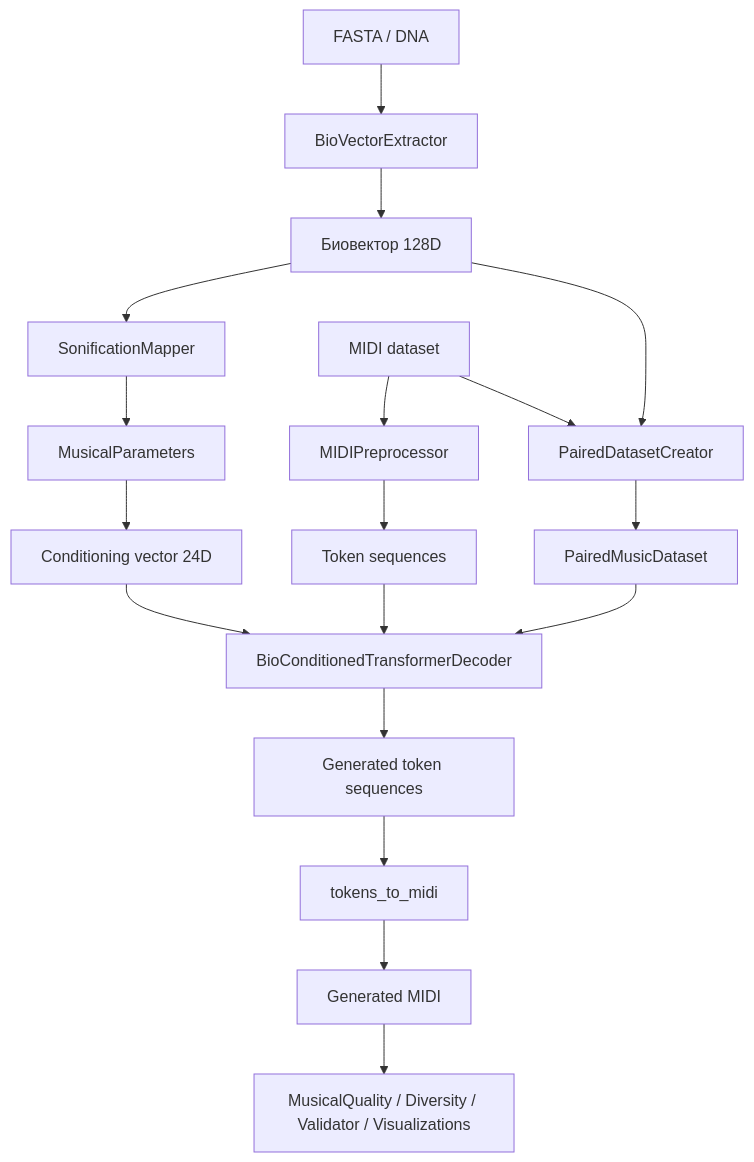
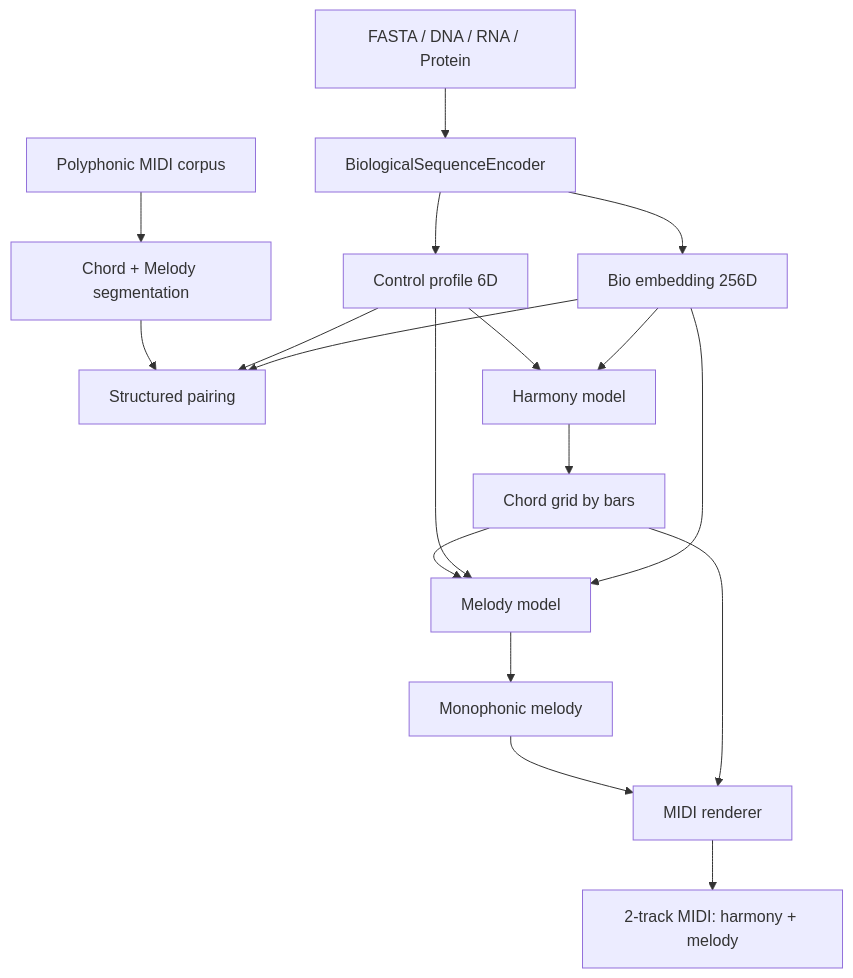
Before and after one commit to BioSonification/biosonification: the diagram in README.md, drawn with Mermaid. The commit also changed other lines of this file and 17 other files, not shown here.

````diff
--- a/README.md
+++ b/README.md
@@ -50,20 +9,20 @@
 ```mermaid
 flowchart TD
-    A["FASTA / DNA"] --> B["BioVectorExtractor"]
-    B --> C["Биовектор 128D"]
-    C --> D["SonificationMapper"]
-    D --> E["MusicalParameters"]
-    E --> F["Conditioning vector 24D"]
-    G["MIDI dataset"] --> H["MIDIPreprocessor"]
-    H --> I["Token sequences"]
-    C --> J["PairedDatasetCreator"]
-    G --> J
-    J --> K["PairedMusicDataset"]
-    I --> L["BioConditionedTransformerDecoder"]
-    F --> L
+    A["FASTA / DNA / RNA / Protein"] --> B["BiologicalSequenceEncoder"]
+    B --> C["Bio embedding 256D"]
+    B --> D["Control profile 6D"]
+    C --> E["Structured pairing"]
+    D --> E
+    F["Polyphonic MIDI corpus"] --> G["Chord + Melody segmentation"]
+    G --> E
+    C --> H["Harmony model"]
+    D --> H
+    H --> I["Chord grid by bars"]
+    C --> J["Melody model"]
+    D --> J
+    I --> J
+    J --> K["Monophonic melody"]
+    I --> L["MIDI renderer"]
     K --> L
-    L --> M["Generated token sequences"]
-    M --> N["tokens_to_midi"]
-    N --> O["Generated MIDI"]
-    O --> P["MusicalQuality / Diversity / Validator / Visualizations"]
+    L --> M["2-track MIDI: harmony + melody"]
 ```
````
